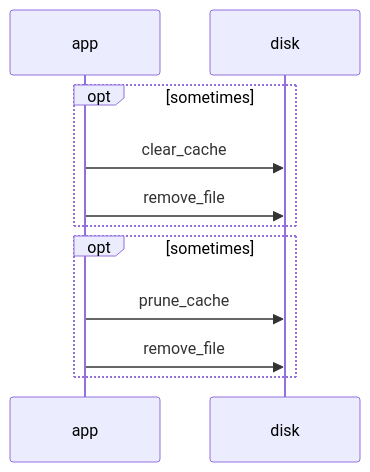
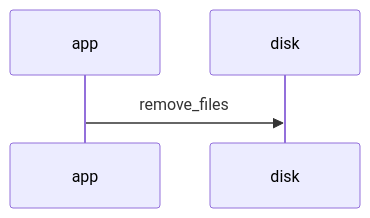
Before and after one commit to rabalyn/shale: the second of 3 diagrams in docs/dataflow/data-usage.md, drawn with Mermaid. The commit also changed other lines of this file and 9 other files, not shown here.

First line of the commit message:
Dataflow vault internals: one flow per operation (recovery, data usage), no step without a boundary (DEV-031)

````diff
--- a/docs/dataflow/data-usage.md
+++ b/docs/dataflow/data-usage.md
@@ -19,13 +19,6 @@
 ```mermaid
 sequenceDiagram
     participant app
     participant disk
-    opt sometimes
-        app->>disk: clear_cache
-        app->>disk: remove_file
-    end
-    opt sometimes
-        app->>disk: prune_cache
-        app->>disk: remove_file
-    end
+    app->>disk: remove_files
 ```
````
